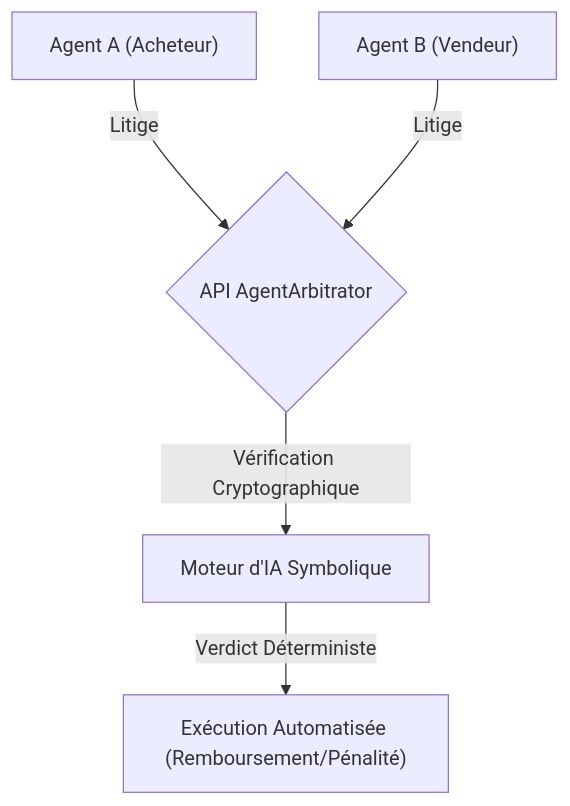
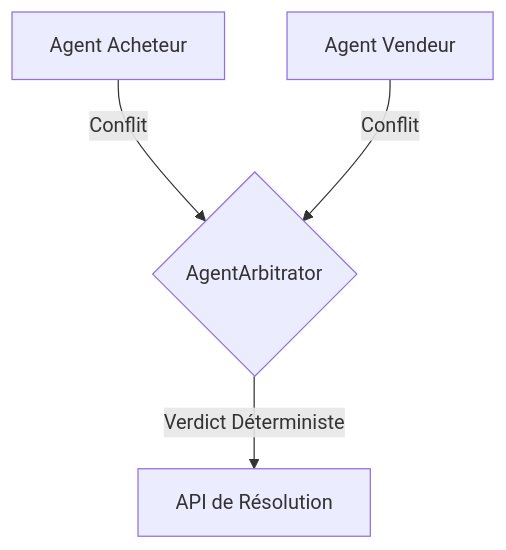
Before and after one commit to flouzzy/top-100-ai-startup-ideas: the first of 2 diagrams in ideas/agent-arbitrator-protocol/README.fr.md, drawn with Mermaid. The commit also changed other lines of this file and 41 other files, not shown here.

````diff
--- a/ideas/agent-arbitrator-protocol/README.fr.md
+++ b/ideas/agent-arbitrator-protocol/README.fr.md
@@ -17,7 +17,7 @@
 ```mermaid
 graph TD
-    A["Agent A (Acheteur)"] -->|Litige| C{"API AgentArbitrator"}
-    B["Agent B (Vendeur)"] -->|Litige| C
-    C -->|Vérification Cryptographique| D["Moteur d'IA Symbolique"]
-    D -->|Verdict Déterministe| E["Exécution Automatisée (Remboursement/Pénalité)"]
+    %% Schéma comparatif Problème vs Solution
+    A["Agent Acheteur"] -->|Conflit| C{"AgentArbitrator"}
+    B["Agent Vendeur"] -->|Conflit| C
+    C -->|Verdict Déterministe| D["API de Résolution"]
 ```
````
